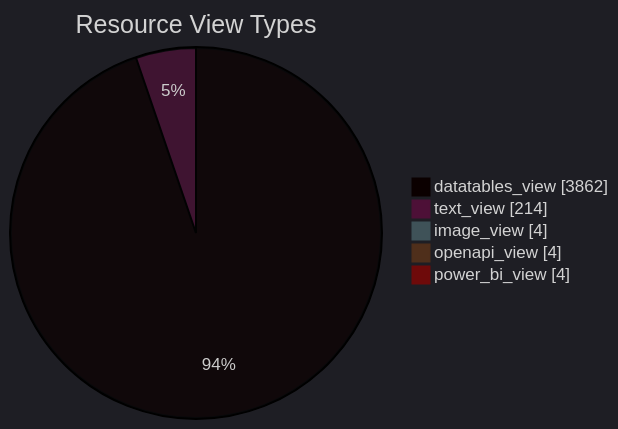
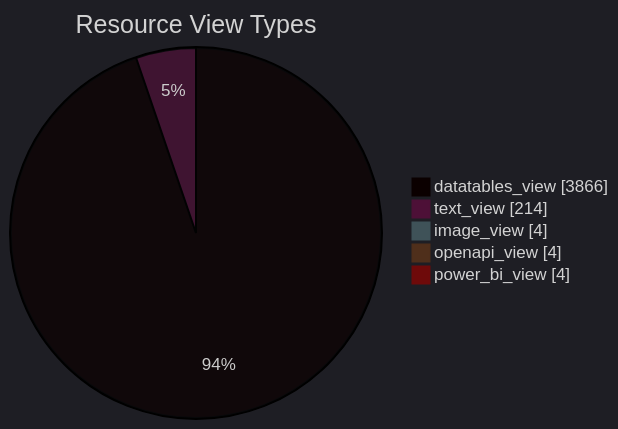
One commit to open-data/analytics-corporate-reporting changed the diagram in datastore_tracker/resource_view_types_pie_chart.md. Above: the diagram before and after it, drawn with Mermaid. The commit also changed 13 other files, not shown here.

````diff
--- a/datastore_tracker/resource_view_types_pie_chart.md
+++ b/datastore_tracker/resource_view_types_pie_chart.md
@@ -2,12 +2,12 @@
 ```mermaid
 ---
 config:
   theme: dark
 ---
 pie showData title Resource View Types
-    "datatables_view": 3862
+    "datatables_view": 3866
     "text_view": 214
     "image_view": 4
     "openapi_view": 4
     "power_bi_view": 4
 ```
````
